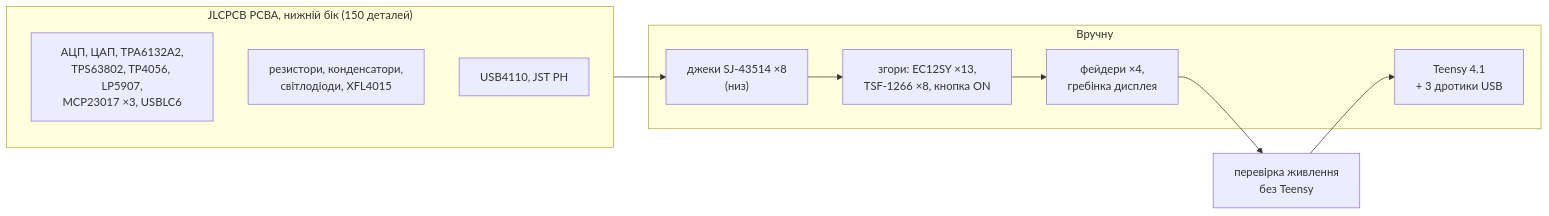
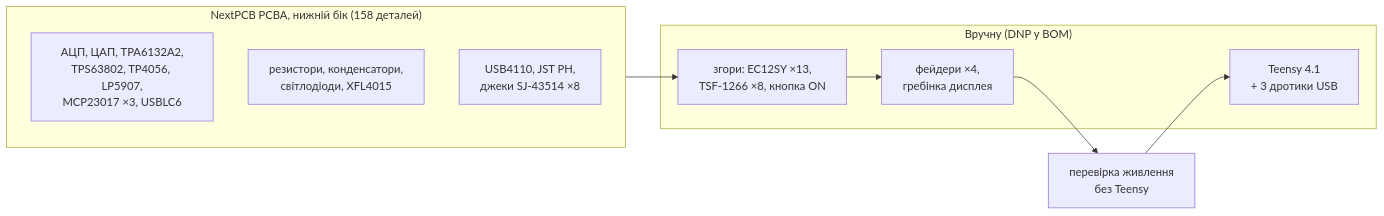
One commit to heartpolik/hardware-pocket-mixer changed the diagram in digital-mixer/docs/05-fab.md. Above: the diagram before and after it, drawn with Mermaid. The commit also changed other lines of this file and 27 other files, not shown here.

First line of the commit message:
digital-mixer: виготовлення на NextPCB замість JLCPCB

````diff
--- a/digital-mixer/docs/05-fab.md
+++ b/digital-mixer/docs/05-fab.md
@@ -21,15 +23,14 @@
 ```mermaid
 flowchart LR
-    subgraph JLC["JLCPCB PCBA, нижній бік (150 деталей)"]
+    subgraph NP["NextPCB PCBA, нижній бік (158 деталей)"]
         IC["АЦП, ЦАП, TPA6132A2,<br/>TPS63802, TP4056, LP5907,<br/>MCP23017 ×3, USBLC6"]
         PAS["резистори, конденсатори,<br/>світлодіоди, XFL4015"]
-        CON["USB4110, JST PH"]
+        CON["USB4110, JST PH,<br/>джеки SJ-43514 ×8"]
     end
-    subgraph HAND["Вручну"]
-        J["джеки SJ-43514 ×8<br/>(низ)"]
+    subgraph HAND["Вручну (DNP у BOM)"]
         TOP["згори: EC12SY ×13,<br/>TSF-1266 ×8, кнопка ON"]
         THT["фейдери ×4,<br/>гребінка дисплея"]
         T["Teensy 4.1<br/>+ 3 дротики USB"]
     end
-    JLC --> J --> TOP --> THT --> CHK["перевірка живлення<br/>без Teensy"] --> T
+    NP --> TOP --> THT --> CHK["перевірка живлення<br/>без Teensy"] --> T
 ```
````
